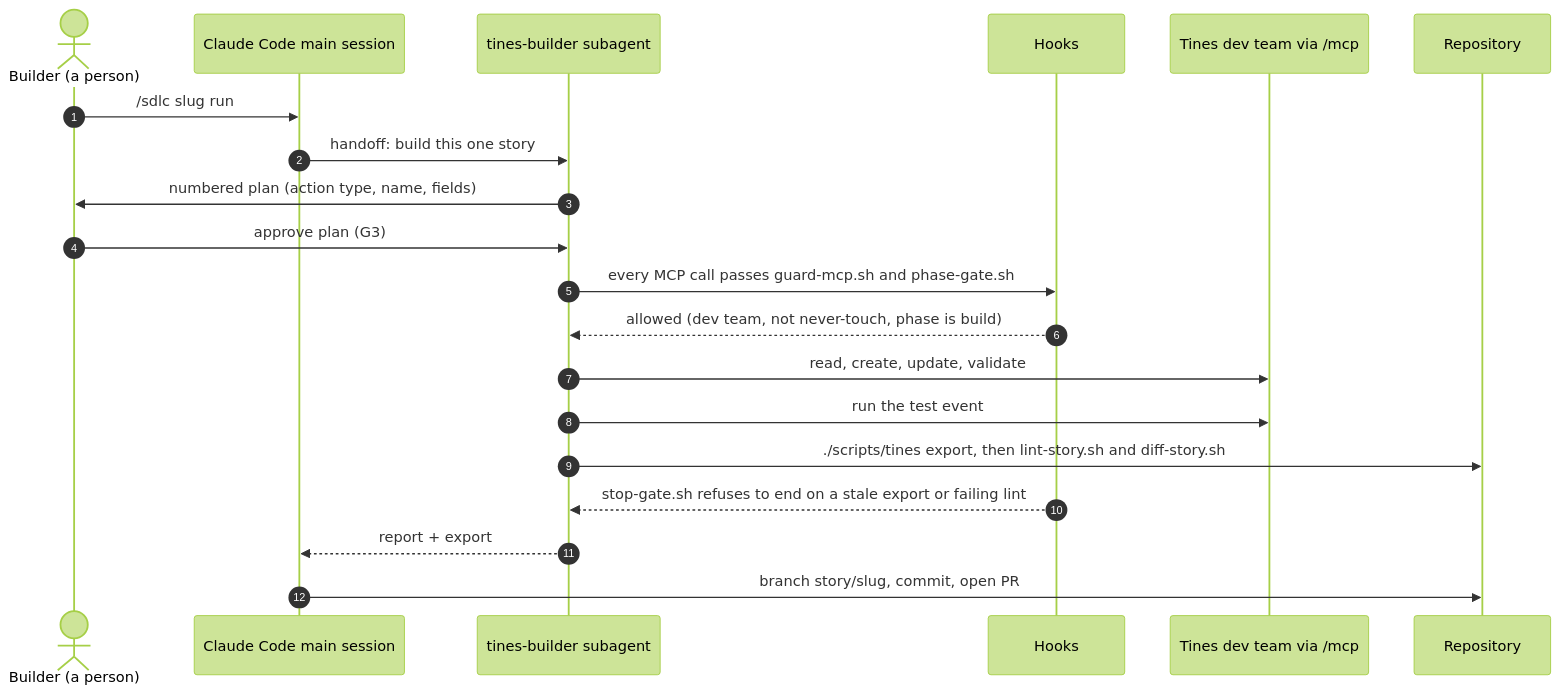
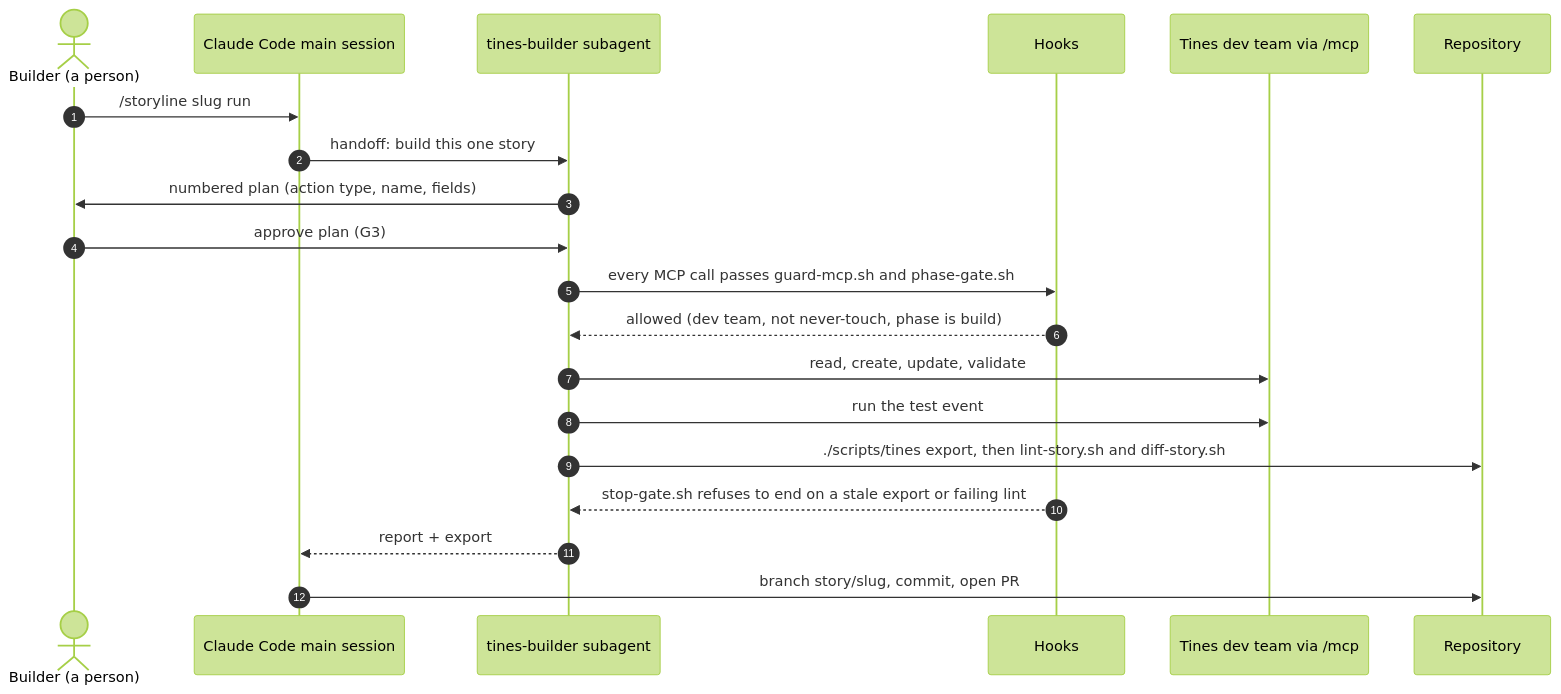
One commit to ad-ipp-tines/Agentic-Story-Factory-Starter-Kit changed the third of 11 diagrams in docs/study-guides/00-visual-tour.md. Above: the diagram before and after it, drawn with Mermaid (forest theme). The commit also changed other lines of this file and 385 other files, not shown here.

````diff
--- a/docs/study-guides/00-visual-tour.md
+++ b/docs/study-guides/00-visual-tour.md
@@ -73,22 +73,22 @@
 ```mermaid
 sequenceDiagram
     autonumber
     actor P as Builder (a person)
     participant CC as Claude Code main session
     participant TB as tines-builder subagent
     participant H as Hooks
     participant T as Tines dev team via /mcp
     participant R as Repository
-    P->>CC: /sdlc slug run
+    P->>CC: /storyline slug run
     CC->>TB: handoff: build this one story
     TB->>P: numbered plan (action type, name, fields)
     P->>TB: approve plan (G3)
     TB->>H: every MCP call passes guard-mcp.sh and phase-gate.sh
     H-->>TB: allowed (dev team, not never-touch, phase is build)
     TB->>T: read, create, update, validate
     TB->>T: run the test event
     TB->>R: ./scripts/tines export, then lint-story.sh and diff-story.sh
     H-->>TB: stop-gate.sh refuses to end on a stale export or failing lint
     TB-->>CC: report + export
     CC->>R: branch story/slug, commit, open PR
 ```
````
